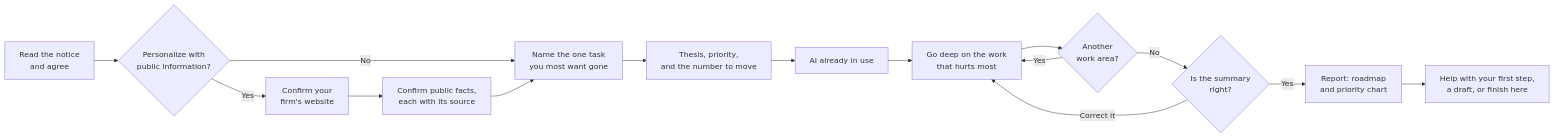
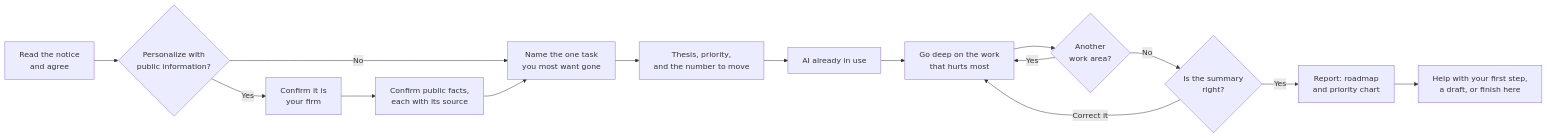
Before and after one commit to nxtpartners/nxt-fund-blueprint: the first of 2 diagrams in README.md, drawn with Mermaid. The commit also changed 2 other files, not shown here.

Commit message:
Confirm the firm from a short description instead of its website, and ask for the city or website if it is not theirs

````diff
--- a/README.md
+++ b/README.md
@@ -92,17 +92,17 @@
 ```mermaid
 flowchart LR
     A[Read the notice<br/>and agree] --> C{Personalize with<br/>public information?}
-    C -- Yes --> W[Confirm your<br/>firm's website]
+    C -- Yes --> W[Confirm it is<br/>your firm]
     W --> D[Confirm public facts,<br/>each with its source]
     C -- No --> B[Name the one task<br/>you most want gone]
     D --> B
     B --> E[Thesis, priority,<br/>and the number to move]
     E --> F[AI already in use]
     F --> G[Go deep on the work<br/>that hurts most]
     G --> H{Another<br/>work area?}
     H -- Yes --> G
     H -- No --> I{Is the summary<br/>right?}
     I -- Correct it --> G
     I -- Yes --> J[Report: roadmap<br/>and priority chart]
     J --> K[Help with your first step,<br/>a draft, or finish here]
 ```
````
